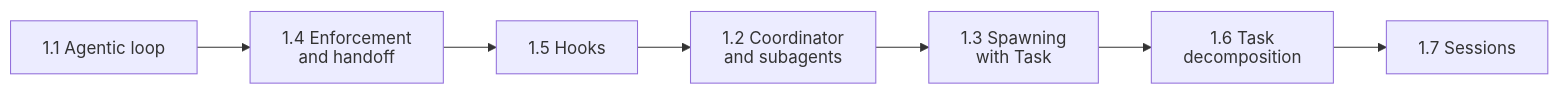
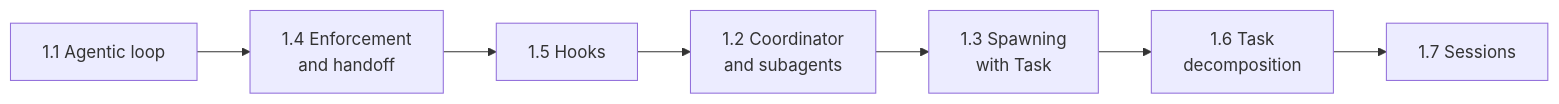
The diagram in domain1/README.md (dip4k/claude_cert_architect_foundation_prep), drawn with Mermaid before and after one commit. The commit also changed 99 other files, not shown here.

````diff
--- a/domain1/README.md
+++ b/domain1/README.md
@@ -27,13 +27,9 @@
 ```mermaid
----
-config:
-  htmlLabels: false
----
 flowchart LR
     T11["1.1 Agentic loop"] --> T14["1.4 Enforcement<br>and handoff"]
     T14 --> T15["1.5 Hooks"]
     T15 --> T12["1.2 Coordinator<br>and subagents"]
     T12 --> T13["1.3 Spawning<br>with Task"]
     T13 --> T16["1.6 Task<br>decomposition"]
     T16 --> T17["1.7 Sessions"]
 ```
````
